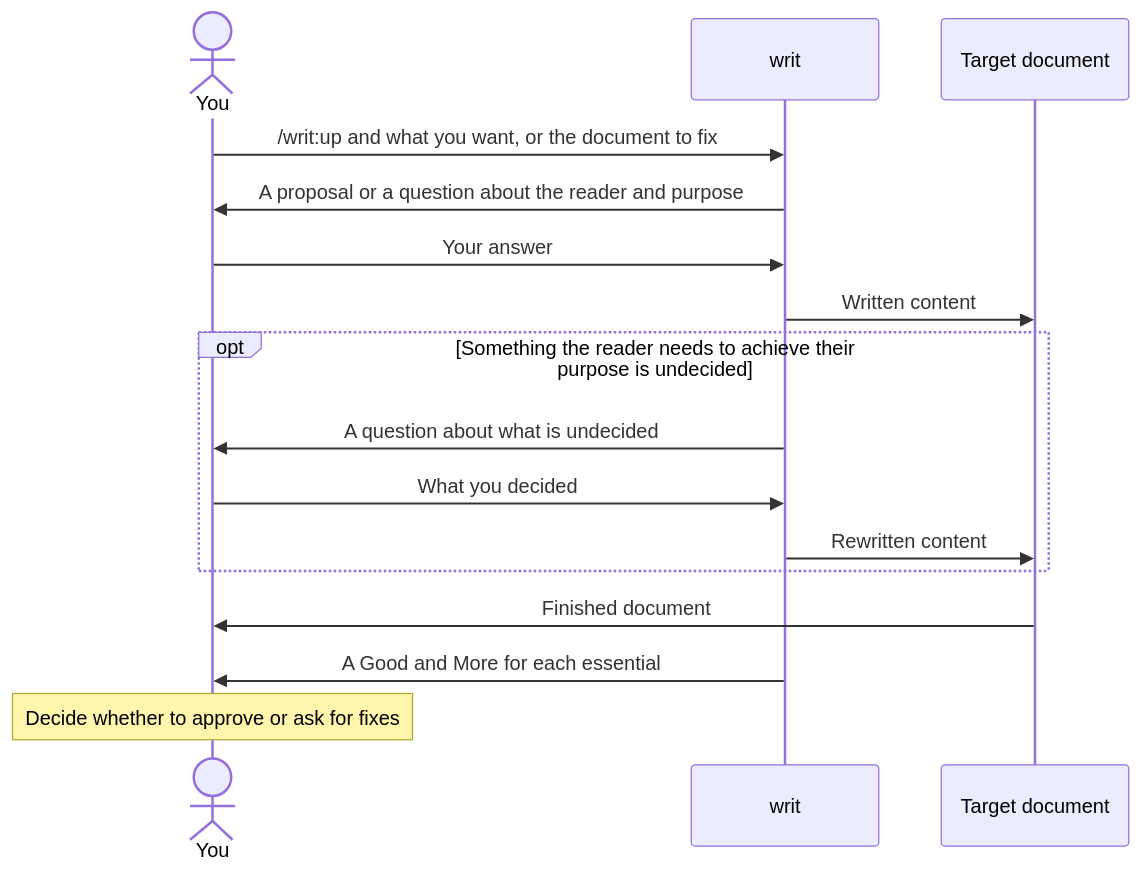
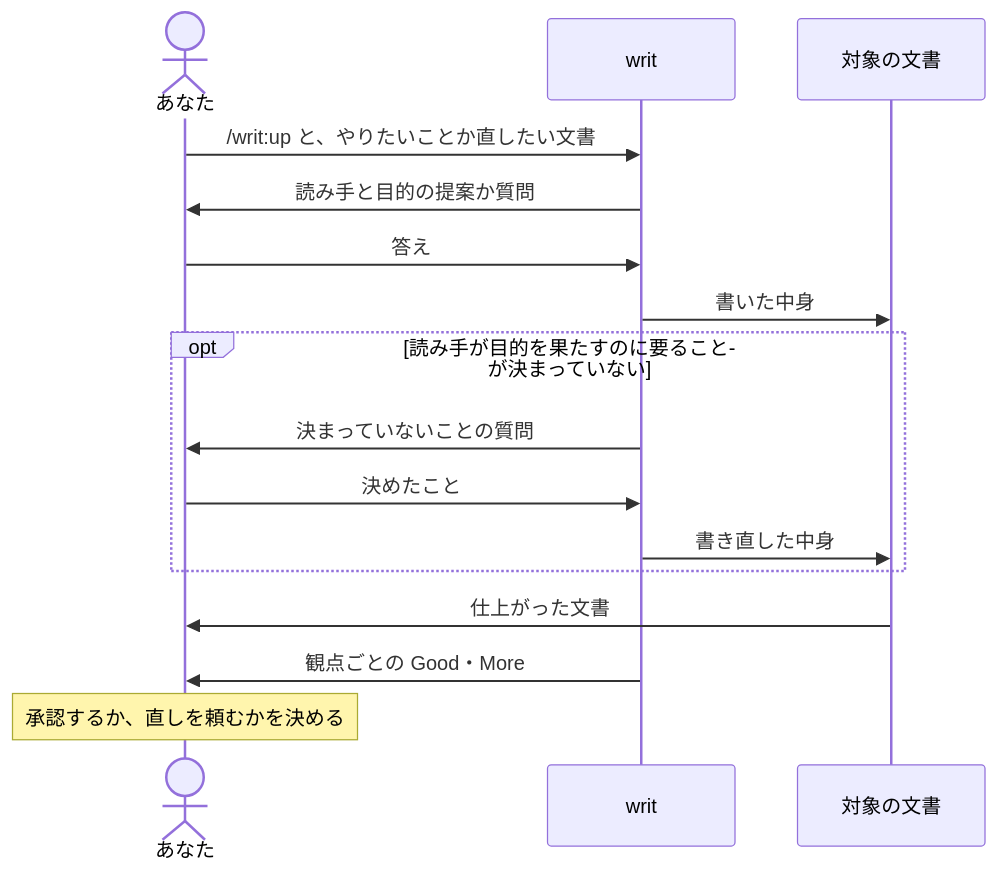
One commit to lovaizu/ccpm changed the diagram in writ/README.md. Above: the diagram before and after it, drawn with Mermaid. The commit also changed other lines of this file and 1 other file, not shown here.

First line of the commit message:
docs(writ): README and design, in Japanese for review, add pith, which has a first user use the work and sets what happened beside the aim, and writ:up checks through it with the conductor, generator and first user

````diff
--- a/writ/README.md
+++ b/writ/README.md
@@ -12,18 +17,18 @@
 ```mermaid
 sequenceDiagram
-  actor Y as You
+  actor Y as あなた
   participant W as writ
-  participant F as Target document
-  Y->>W: /writ:up and what you want, or the document to fix
-  W->>Y: A proposal or a question about the reader and purpose
-  Y->>W: Your answer
-  W->>F: Written content
-  opt Something the reader needs to achieve their purpose is undecided
-    W->>Y: A question about what is undecided
-    Y->>W: What you decided
-    W->>F: Rewritten content
+  participant F as 対象の文書
+  Y->>W: /writ:up と、やりたいことか直したい文書
+  W->>Y: 読み手と目的の提案か質問
+  Y->>W: 答え
+  W->>F: 書いた中身
+  opt 読み手が目的を果たすのに要ることが決まっていない
+    W->>Y: 決まっていないことの質問
+    Y->>W: 決めたこと
+    W->>F: 書き直した中身
   end
-  F->>Y: Finished document
-  W->>Y: A Good and More for each essential
-  Note over Y: Decide whether to approve or ask for fixes
+  F->>Y: 仕上がった文書
+  W->>Y: 観点ごとの Good・More
+  Note over Y: 承認するか、直しを頼むかを決める
 ```
````
